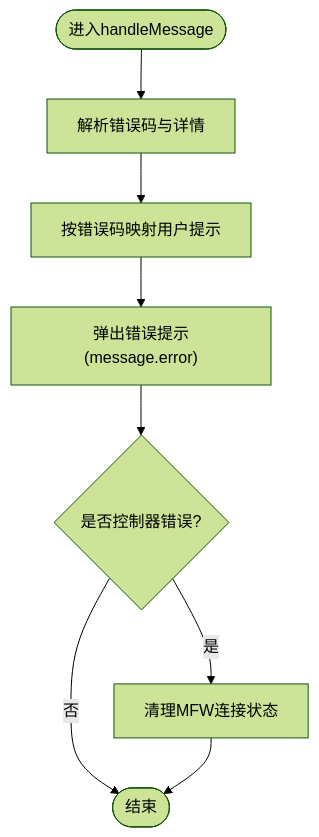
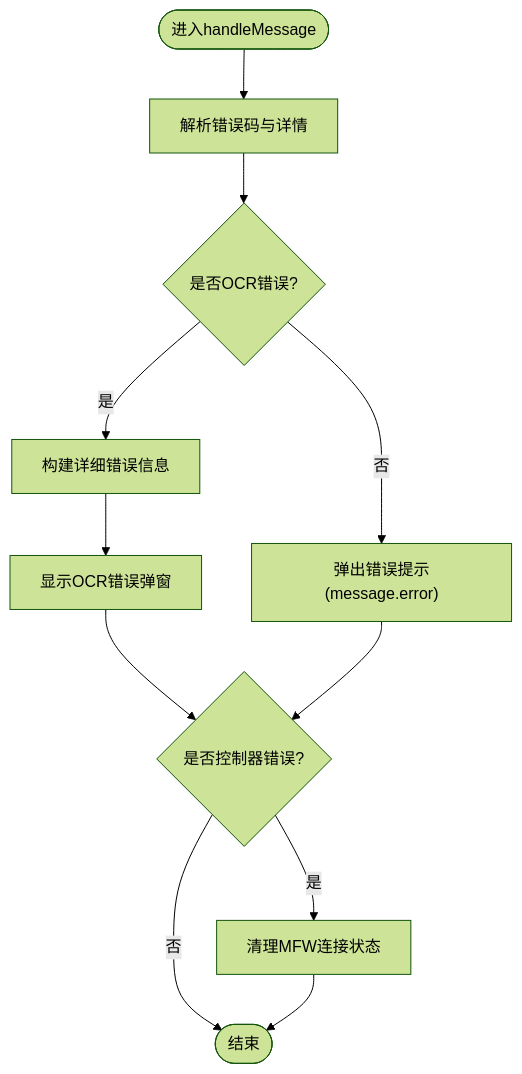
The third of 4 diagrams in .qoder/repowiki/zh/content/核心概念/通信协议/错误协议.md (kqcoxn/MaaPipelineEditor), drawn with Mermaid (forest theme) before and after one commit. The commit also changed other lines of this file and 50 other files, not shown here.

````diff
--- a/.qoder/repowiki/zh/content/核心概念/通信协议/错误协议.md
+++ b/.qoder/repowiki/zh/content/核心概念/通信协议/错误协议.md
@@ -149,10 +178,13 @@
 ```mermaid
 flowchart TD
 Start(["进入handleMessage"]) --> Parse["解析错误码与详情"]
-Parse --> MapMsg["按错误码映射用户提示"]
-MapMsg --> Show["弹出错误提示(message.error)"]
-Show --> IsControllerErr{"是否控制器错误?"}
+Parse --> CheckOCR{"是否OCR错误?"}
+CheckOCR --> |是| BuildDetail["构建详细错误信息"]
+BuildDetail --> ShowModal["显示OCR错误弹窗"]
+ShowModal --> IsControllerErr{"是否控制器错误?"}
+CheckOCR --> |否| ShowMsg["弹出错误提示(message.error)"]
+ShowMsg --> IsControllerErr
 IsControllerErr --> |是| Clear["清理MFW连接状态"]
 IsControllerErr --> |否| End(["结束"])
 Clear --> End
 ```
````
